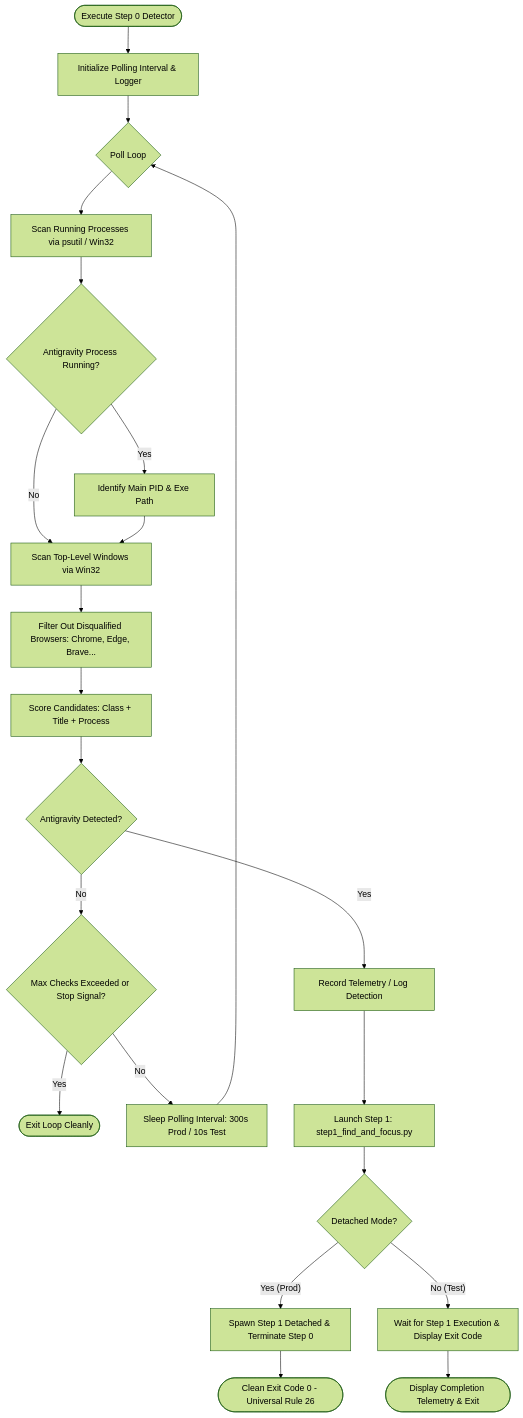
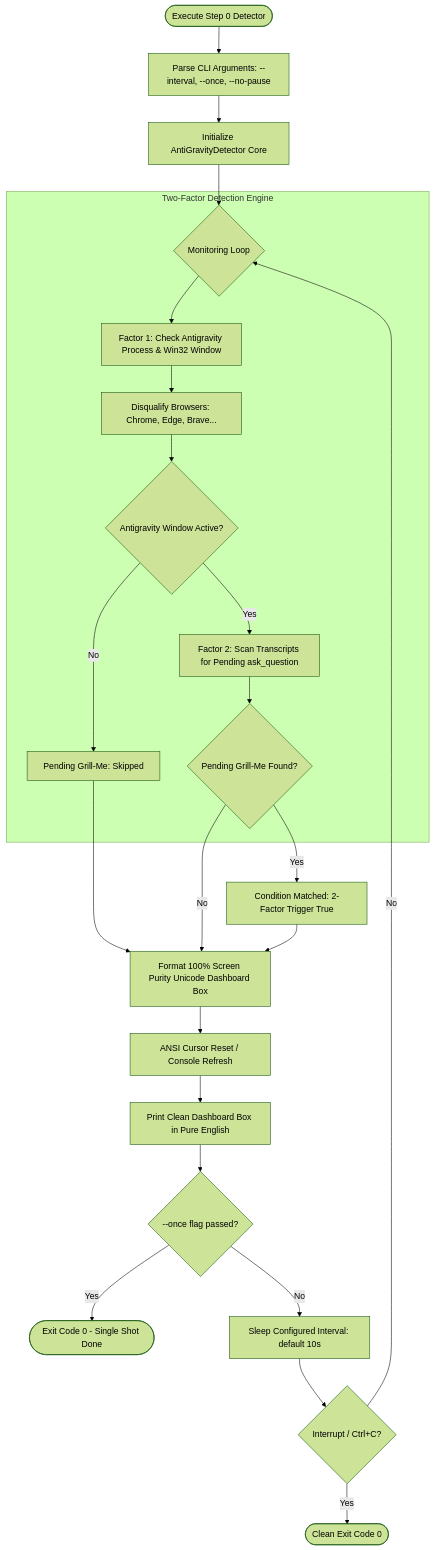
The diagram in Keyboard Automation/prompts/step_0_antigravity_detector_prompt.md (aiprincekumar/AutoSelect-Antigravity), drawn with Mermaid (forest theme) before and after one commit. The commit also changed other lines of this file and 18 other files, not shown here.

````diff
--- a/Keyboard Automation/prompts/step_0_antigravity_detector_prompt.md
+++ b/Keyboard Automation/prompts/step_0_antigravity_detector_prompt.md
@@ -38,32 +42,33 @@
 ```mermaid
 flowchart TD
-    Start([Execute Step 0 Detector]) --> InitConfig[Initialize Polling Interval & Logger]
-    InitConfig --> Loop{Poll Loop}
+    Start([Execute Step 0 Detector]) --> ParseArgs[Parse CLI Arguments: --interval, --once, --no-pause]
+    ParseArgs --> InitEngine[Initialize AntiGravityDetector Core]
     
-    Loop --> ScanProc[Scan Running Processes via psutil / Win32]
-    ScanProc --> MatchProc{Antigravity Process Running?}
+    InitEngine --> PollLoop{Monitoring Loop}
     
-    MatchProc -- Yes --> IdentifyMain[Identify Main PID & Exe Path]
-    MatchProc -- No --> ScanWin[Scan Top-Level Windows via Win32]
+    subgraph DetectionEngine [Two-Factor Detection Engine]
+        PollLoop --> Factor1[Factor 1: Check Antigravity Process & Win32 Window]
+        Factor1 --> FilterBrowsers[Disqualify Browsers: Chrome, Edge, Brave...]
+        FilterBrowsers --> EvalFactor1{Antigravity Window Active?}
+        
+        EvalFactor1 -- No --> Factor2_Skip[Pending Grill-Me: Skipped]
+        EvalFactor1 -- Yes --> Factor2[Factor 2: Scan Transcripts for Pending ask_question]
+        Factor2 --> EvalFactor2{Pending Grill-Me Found?}
+    end
     
-    IdentifyMain --> ScanWin
-    ScanWin --> FilterBrowsers[Filter Out Disqualified Browsers: Chrome, Edge, Brave...]
-    FilterBrowsers --> ScoreWindows[Score Candidates: Class + Title + Process]
+    Factor2_Skip --> RenderDash[Format 100% Screen Purity Unicode Dashboard Box]
+    EvalFactor2 -- No --> RenderDash
+    EvalFactor2 -- Yes --> MatchState[Condition Matched: 2-Factor Trigger True]
+    MatchState --> RenderDash
     
-    ScoreWindows --> DetectCheck{Antigravity Detected?}
+    RenderDash --> ClearOrAnsi[ANSI Cursor Reset / Console Refresh]
+    ClearOrAnsi --> PrintBox[Print Clean Dashboard Box in Pure English]
     
-    DetectCheck -- No --> CheckMax{Max Checks Exceeded or Stop Signal?}
-    CheckMax -- Yes --> CleanExit([Exit Loop Cleanly])
-    CheckMax -- No --> SleepInterval[Sleep Polling Interval: 300s Prod / 10s Test]
-    SleepInterval --> Loop
+    PrintBox --> CheckOnce{--once flag passed?}
+    CheckOnce -- Yes --> ExitSuccess([Exit Code 0 - Single Shot Done])
     
-    DetectCheck -- Yes --> LogSuccess[Record Telemetry / Log Detection]
-    LogSuccess --> TriggerStep1[Launch Step 1: step1_find_and_focus.py]
-    TriggerStep1 --> DetachedCheck{Detached Mode?}
-    
-    DetachedCheck -- Yes (Prod) --> DetachSpawn[Spawn Step 1 Detached & Terminate Step 0]
-    DetachSpawn --> ZeroZombie([Clean Exit Code 0 - Universal Rule 26])
-    
-    DetachedCheck -- No (Test) --> WaitStep1[Wait for Step 1 Execution & Display Exit Code]
-    WaitStep1 --> ReportStatus([Display Completion Telemetry & Exit])
+    CheckOnce -- No --> SleepTimer[Sleep Configured Interval: default 10s]
+    SleepTimer --> CheckInterrupt{Interrupt / Ctrl+C?}
+    CheckInterrupt -- Yes --> GracefulExit([Clean Exit Code 0])
+    CheckInterrupt -- No --> PollLoop
 ```
````
